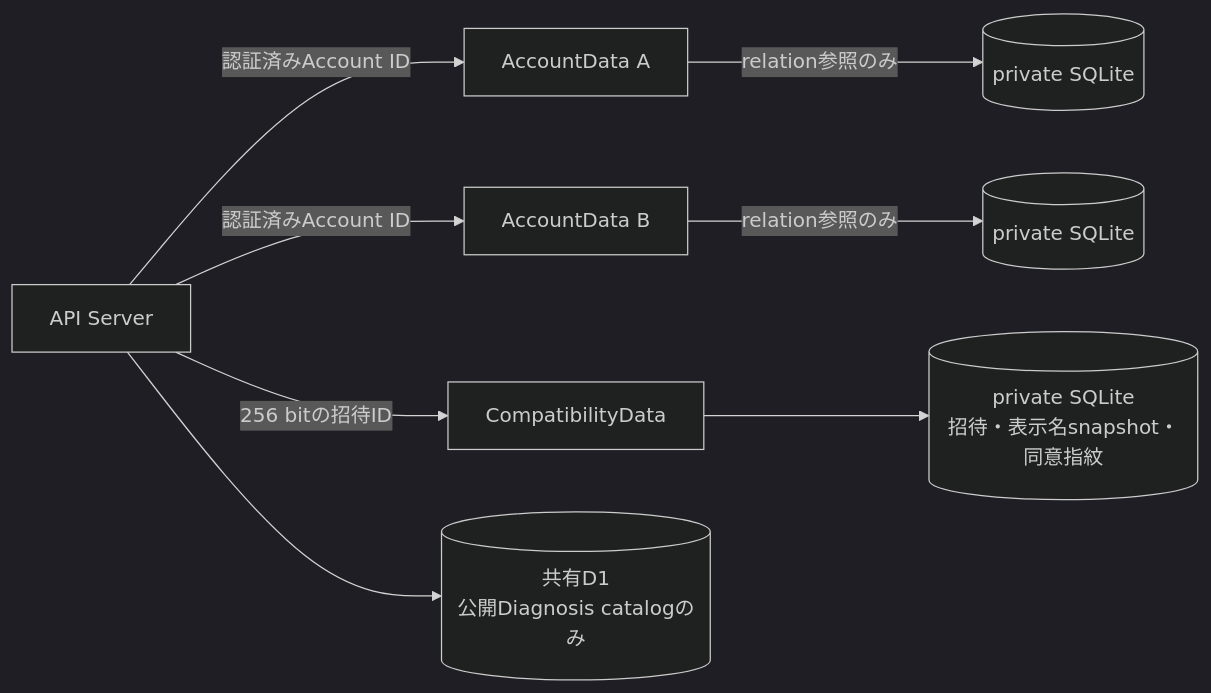
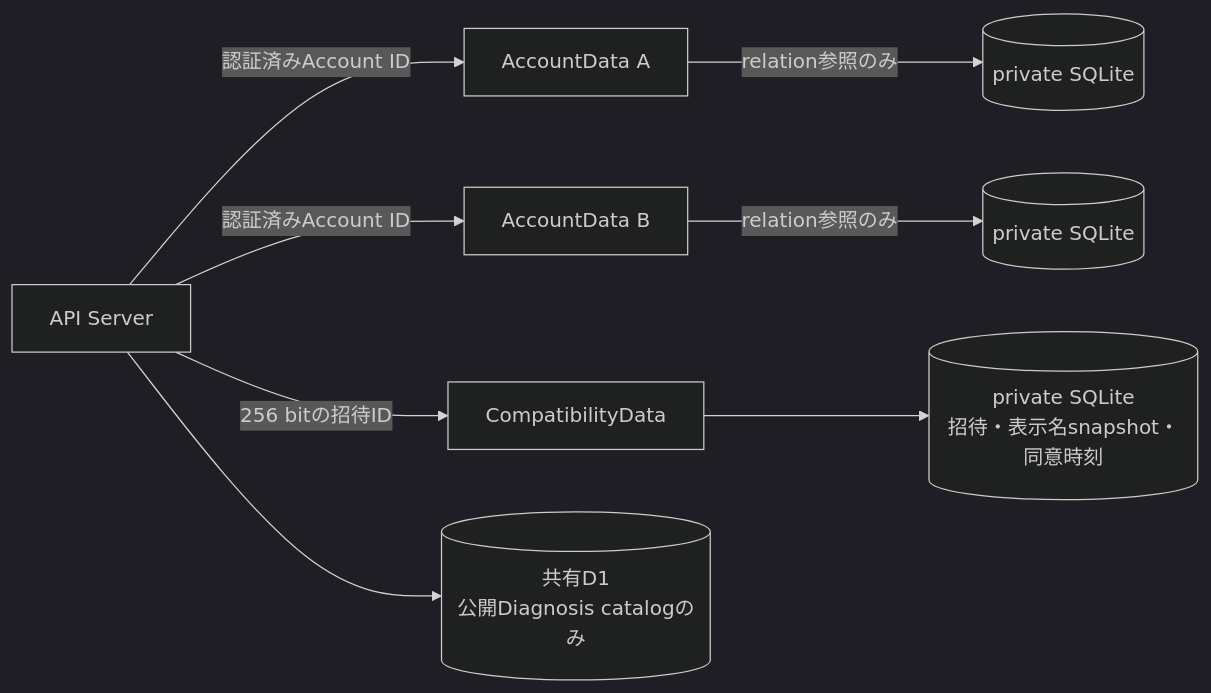
The first of 4 diagrams in docs/architecture/compatibility-data-design.md (kkyosuke/me-builder), drawn with Mermaid (dark theme) before and after one commit. The commit also changed other lines of this file and 68 other files, not shown here.

````diff
--- a/docs/architecture/compatibility-data-design.md
+++ b/docs/architecture/compatibility-data-design.md
@@ -19,10 +21,10 @@
 ```mermaid
 flowchart LR
     API[API Server] -->|認証済みAccount ID| A[AccountData A]
     API -->|認証済みAccount ID| B[AccountData B]
     API -->|256 bitの招待ID| C[CompatibilityData]
     A -->|relation参照のみ| AR[(private SQLite)]
     B -->|relation参照のみ| BR[(private SQLite)]
-    C --> CR[(private SQLite<br/>招待・表示名snapshot・同意指紋)]
+    C --> CR[(private SQLite<br/>招待・表示名snapshot・同意時刻)]
     API --> D1[(共有D1<br/>公開Diagnosis catalogのみ)]
 ```
````
